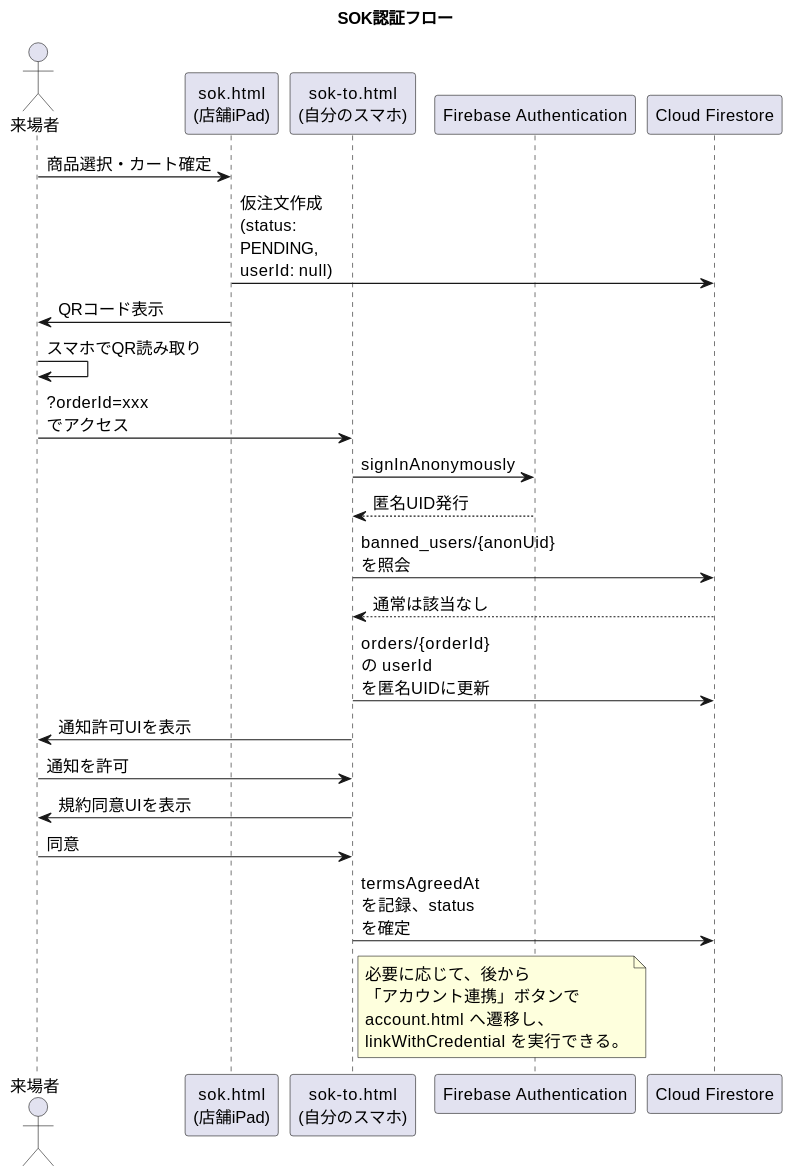
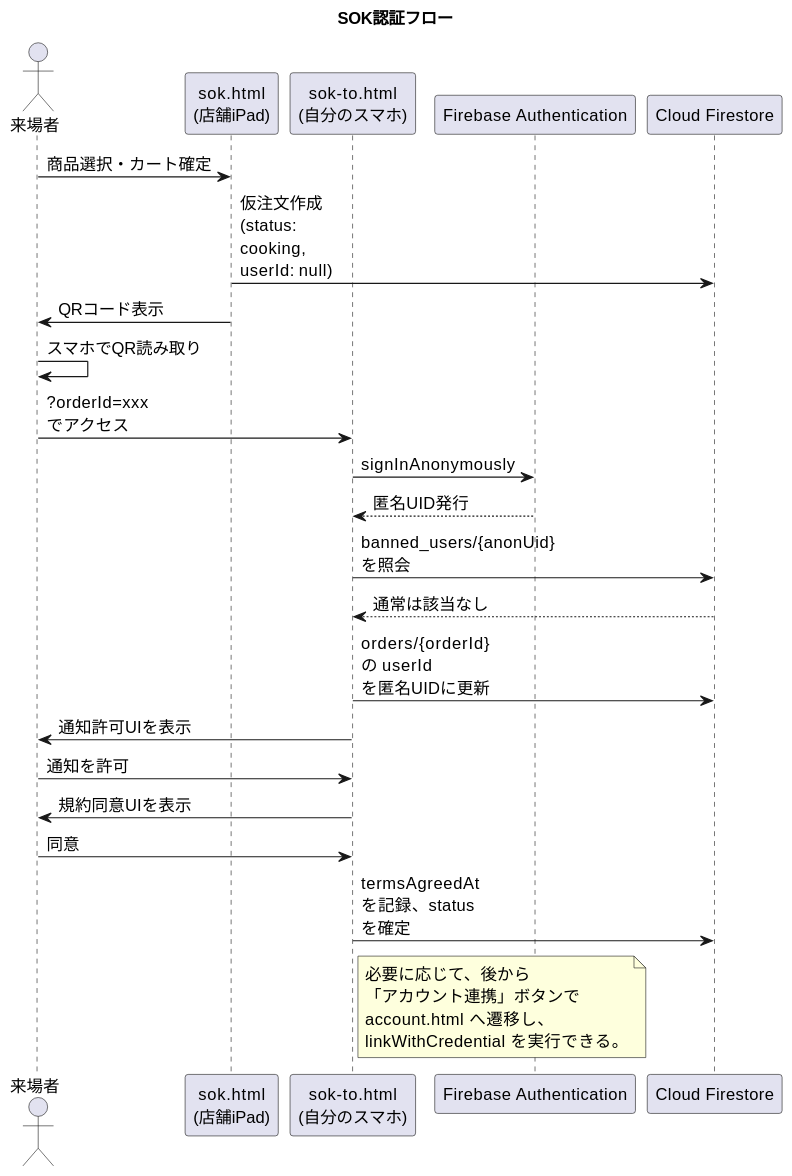
The fourth of 17 diagrams in 設計図/南陵祭2026 POS・モバイルオーダーシステム 設計計画書.md (ynr-cs/nanryosai2026), drawn with PlantUML before and after one commit. The commit also changed other lines of this file and 2 other files, not shown here.

Commit message:
chore: configure markdown-preview-enhanced to use Kroki PlantUML server

````diff
--- a/設計図/南陵祭2026 POS・モバイルオーダーシステム 設計計画書.md
+++ b/設計図/南陵祭2026 POS・モバイルオーダーシステム 設計計画書.md
@@ -885,43 +873,43 @@
 ```plantuml
 @startuml auth_flow_sok
 title SOK認証フロー
 
 scale 800 width
 skinparam defaultFontSize 14
 skinparam maxMessageSize 80
 
 actor 来場者 as Visitor
 participant "sok.html\n(店舗iPad)" as SOK
 participant "sok-to.html\n(自分のスマホ)" as SOKTo
 participant "Firebase Authentication" as Auth
 participant "Cloud Firestore" as Firestore
 
 Visitor -> SOK: 商品選択・カート確定
-SOK -> Firestore: 仮注文作成 (status: PENDING, userId: null)
+SOK -> Firestore: 仮注文作成 (status: cooking, userId: null)
 SOK -> Visitor: QRコード表示
 
 Visitor -> Visitor: スマホでQR読み取り
 Visitor -> SOKTo: ?orderId=xxx でアクセス
 
 SOKTo -> Auth: signInAnonymously
 Auth --> SOKTo: 匿名UID発行
 
 SOKTo -> Firestore: banned_users/{anonUid} を照会
 Firestore --> SOKTo: 通常は該当なし
 
 SOKTo -> Firestore: orders/{orderId} の userId を匿名UIDに更新
 SOKTo -> Visitor: 通知許可UIを表示
 Visitor -> SOKTo: 通知を許可
 SOKTo -> Visitor: 規約同意UIを表示
 Visitor -> SOKTo: 同意
 SOKTo -> Firestore: termsAgreedAt を記録、status を確定
 
 note right of SOKTo
   必要に応じて、後から
   「アカウント連携」ボタンで
   account.html へ遷移し、
   linkWithCredential を実行できる。
 end note
 
 @enduml
 ```
````
